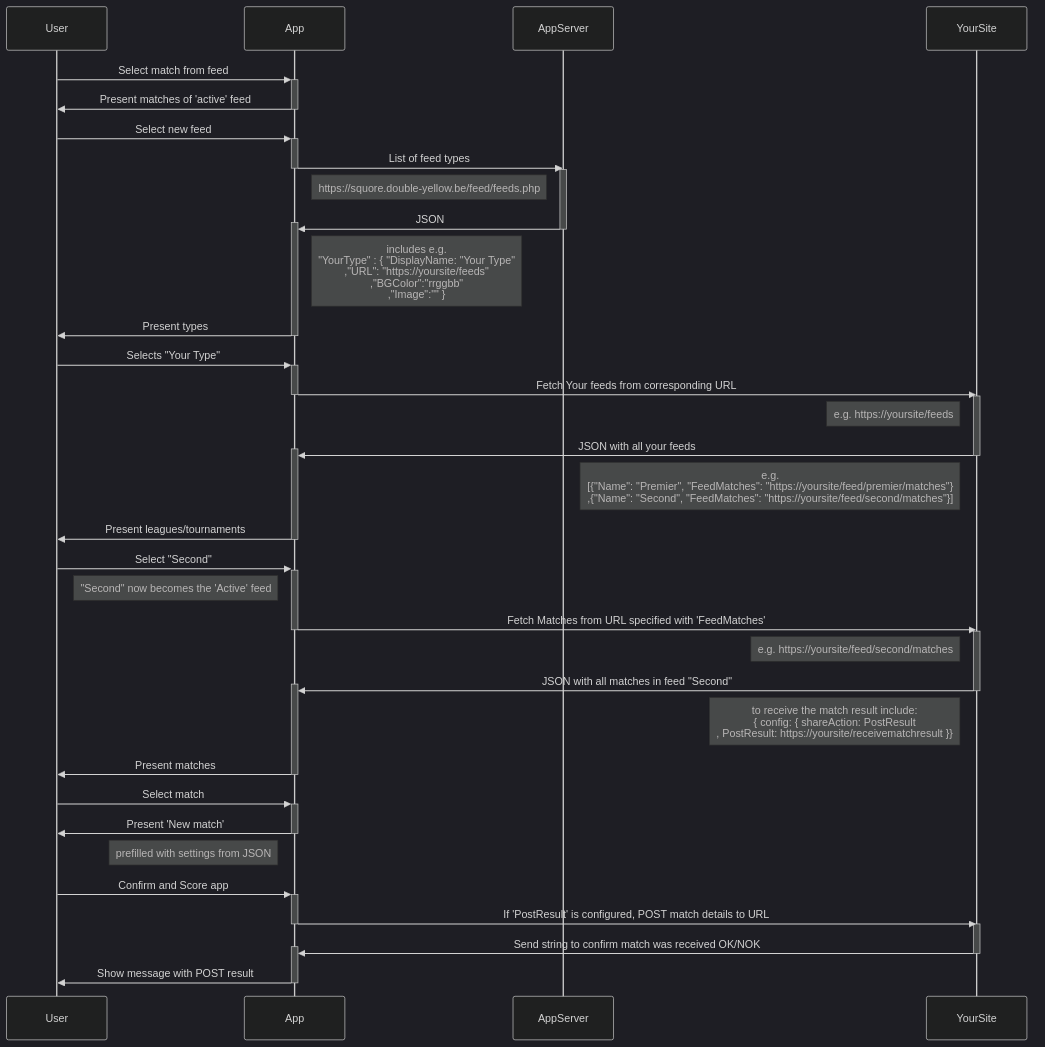
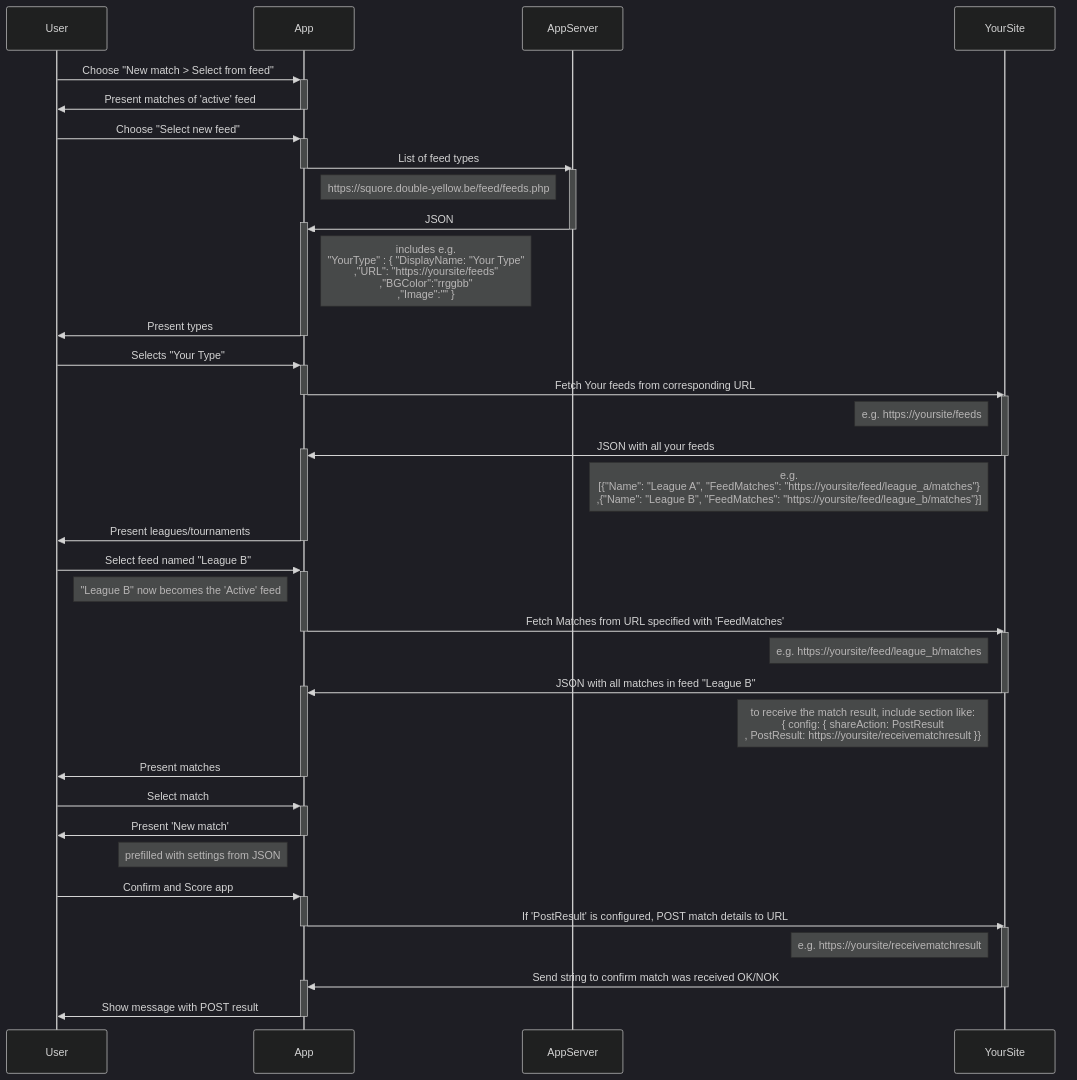
The diagram in docs/match/feeds.hosted.on.yoursite.sequencediagram.mmd (obbimi/Squore), drawn with Mermaid (dark theme) before and after one commit.

Commit message:
documentation

```diff
--- a/docs/match/feeds.hosted.on.yoursite.sequencediagram.mmd
+++ b/docs/match/feeds.hosted.on.yoursite.sequencediagram.mmd
@@ -1,51 +1,53 @@
 sequenceDiagram
 participant User
 participant App
 participant AppServer
 participant YourSite
 
+links User: { "This image": "https://github.com/obbimi/Squore/blob/master/docs/match/feeds.hosted.on.yoursite.sequencediagram.mmd" }
 links AppServer: { "Feed Types": "https://squore.double-yellow.be/feed/feeds.php", "Documentation" : "https://squore.double-yellow.be/feed/2023-11-10.Integrate-Squore-with-your-website.odt" }
-links YourSite: { "Feeds": "https://yoursite/feeds", "Premier Matches": "https://yoursite/feed/premier/matches", "Second Matches ": "https://yoursite/feed/second/matches", "Feeds Example": "https://squore.double-yellow.be/demo/demo.feeds.partner.php","Matches Example":"https://squore.double-yellow.be/partner/Region+B/Division/2A","Mermaid": "https://mermaid.js.org/syntax/sequenceDiagram.html" }
+links YourSite: { "Feeds": "https://yoursite/feeds", "League A Matches": "https://yoursite/feed/League A/matches", "League B Matches ": "https://yoursite/feed/league_b/matches", "Feeds Example": "https://squore.double-yellow.be/demo/demo.feeds.partner.php","Matches Example":"https://squore.double-yellow.be/partner/Region+B/Division/2A","Mermaid": "https://mermaid.js.org/syntax/sequenceDiagram.html" }
 
-User      ->>+App  : Select match from feed
+User      ->>+App  : Choose "New match > Select from feed"
 App       ->>-User : Present matches of 'active' feed
 
-User      ->>+App        : Select new feed
+User      ->>+App        : Choose "Select new feed"
 App       ->>-AppServer  :List of feed types
 activate AppServer
 Note left of AppServer  : https://squore.double-yellow.be/feed/feeds.php
 AppServer ->>+App : JSON
 deactivate AppServer
 Note right of App : includes e.g.<br/>"YourType" : { "DisplayName: "Your Type"<br>,"URL": "https://yoursite/feeds"<br/>,"BGColor":"rrggbb"<br/>,"Image":"" }
 App       ->>-User: Present types
 
 User      ->>+App: Selects "Your Type"
 App       ->>-YourSite:Fetch Your feeds from corresponding URL
 activate YourSite
 Note left of YourSite: e.g. https://yoursite/feeds
 YourSite  ->>+App  : JSON with all your feeds
 deactivate YourSite
-Note left of YourSite : e.g.<br> [{"Name": "Premier", "FeedMatches": "https://yoursite/feed/premier/matches"}<br>,{"Name": "Second", "FeedMatches": "https://yoursite/feed/second/matches"}]
+Note left of YourSite : e.g.<br> [{"Name": "League A", "FeedMatches": "https://yoursite/feed/league_a/matches"}<br>,{"Name": "League B", "FeedMatches": "https://yoursite/feed/league_b/matches"}]
 %%end
 App       ->>-User : Present leagues/tournaments
 
-User      ->>+App  : Select "Second"
-Note left of App: "Second" now becomes the 'Active' feed
+User      ->>+App  : Select feed named "League B"
+Note left of App: "League B" now becomes the 'Active' feed
 App       ->>-YourSite : Fetch Matches from URL specified with 'FeedMatches'
 activate YourSite
-Note left of YourSite: e.g. https://yoursite/feed/second/matches
-YourSite  ->>+App  : JSON with all matches in feed "Second"
+Note left of YourSite: e.g. https://yoursite/feed/league_b/matches
+YourSite  ->>+App  : JSON with all matches in feed "League B"
 deactivate YourSite
-Note left of YourSite: to receive the match result include:<br>{ config: { shareAction: PostResult<br>, PostResult: https://yoursite/receivematchresult }}
+Note left of YourSite: to receive the match result, include section like:<br>{ config: { shareAction: PostResult<br>, PostResult: https://yoursite/receivematchresult }}
 App       ->>-User : Present matches
 
 User      ->>+App  : Select match
 App       ->>-User : Present 'New match'
 Note left of App: prefilled with settings from JSON
 
 User      ->>+App  : Confirm and Score app
 App       ->>-YourSite: If 'PostResult' is configured, POST match details to URL
 activate YourSite
+Note left of YourSite: e.g. https://yoursite/receivematchresult
 YourSite  ->>+App     : Send string to confirm match was received OK/NOK
 deactivate YourSite
 App       ->>-User    : Show message with POST result
```
